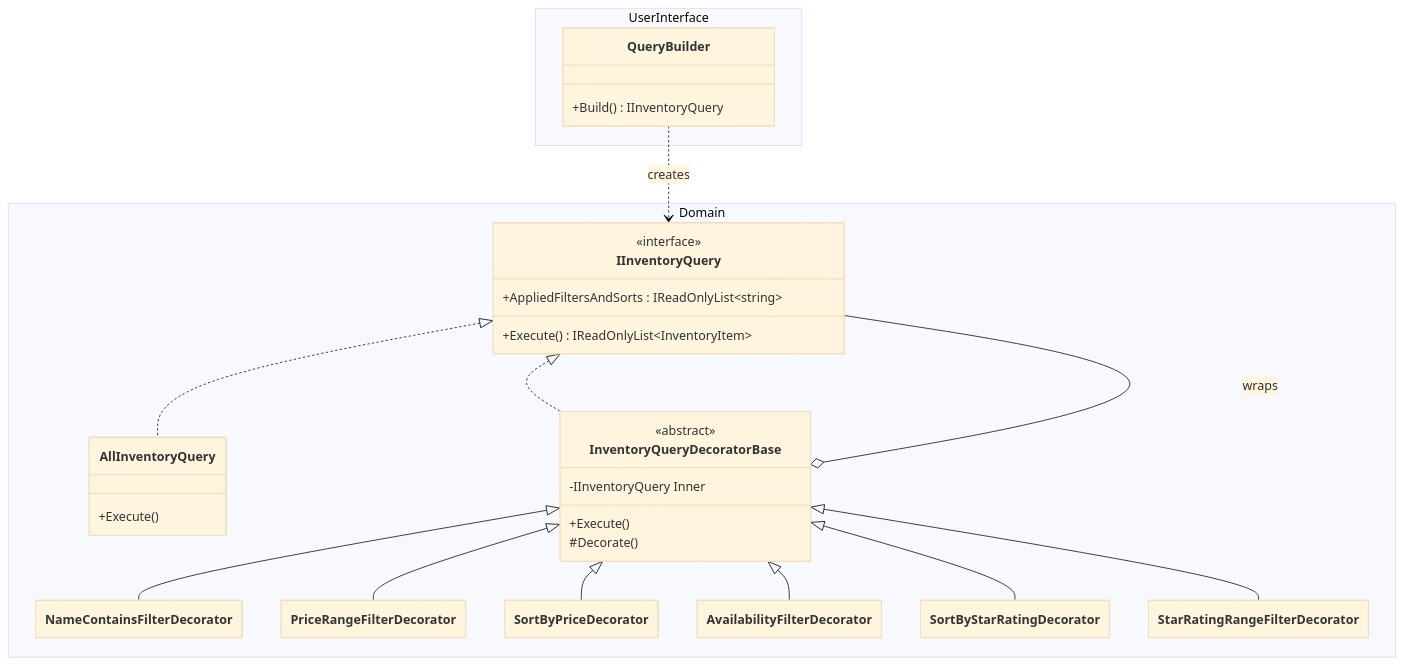
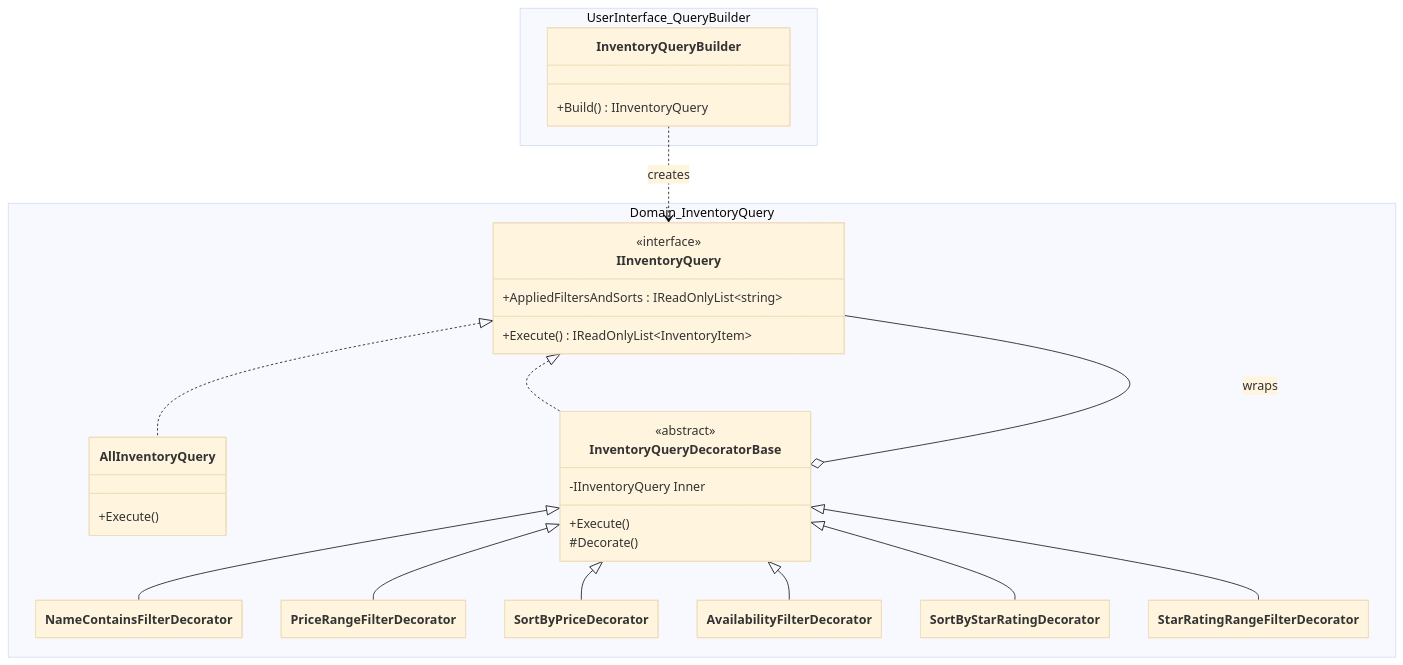
Before and after one commit to jeff-adkisson/swe-4743-spring-2026-oo-design: the second of 3 diagrams in assignments/assignment-2-solution/src-csharp/README.md, drawn with Mermaid (base theme). The commit also changed other lines of this file and 62 other files, not shown here.

````diff
--- a/assignments/assignment-2-solution/src-csharp/README.md
+++ b/assignments/assignment-2-solution/src-csharp/README.md
@@ -185,49 +205,49 @@
 ```mermaid
 ---
 config:
   class:
     hideEmptyMembersBox: true
 ---
 classDiagram
     direction TB
-    namespace UserInterface {
-        class QueryBuilder {
+    namespace UserInterface_QueryBuilder {
+        class InventoryQueryBuilder {
             +Build() IInventoryQuery
         }
     }
 
-    namespace Domain {
+    namespace Domain_InventoryQuery {
         class IInventoryQuery {
             <<interface>>
             +AppliedFiltersAndSorts : IReadOnlyList~string~
             +Execute() IReadOnlyList~InventoryItem~
         }
         class AllInventoryQuery {
             +Execute()
         }
         class InventoryQueryDecoratorBase {
             <<abstract>>
             -IInventoryQuery Inner
             +Execute()
             #Decorate()
         }
         class NameContainsFilterDecorator { }
         class PriceRangeFilterDecorator { }
         class SortByPriceDecorator { }
         class AvailabilityFilterDecorator { }
         class SortByStarRatingDecorator { }
         class StarRatingRangeFilterDecorator { }
     }
 
-    QueryBuilder ..> IInventoryQuery : creates
+    InventoryQueryBuilder ..> IInventoryQuery : creates
     IInventoryQuery <|.. AllInventoryQuery
     IInventoryQuery <|.. InventoryQueryDecoratorBase
     InventoryQueryDecoratorBase o-- IInventoryQuery : wraps
     
     InventoryQueryDecoratorBase <|-- NameContainsFilterDecorator
     InventoryQueryDecoratorBase <|-- PriceRangeFilterDecorator
     InventoryQueryDecoratorBase <|-- AvailabilityFilterDecorator
     InventoryQueryDecoratorBase <|-- SortByPriceDecorator
     InventoryQueryDecoratorBase <|-- SortByStarRatingDecorator
     InventoryQueryDecoratorBase <|-- StarRatingRangeFilterDecorator
 ```
````
